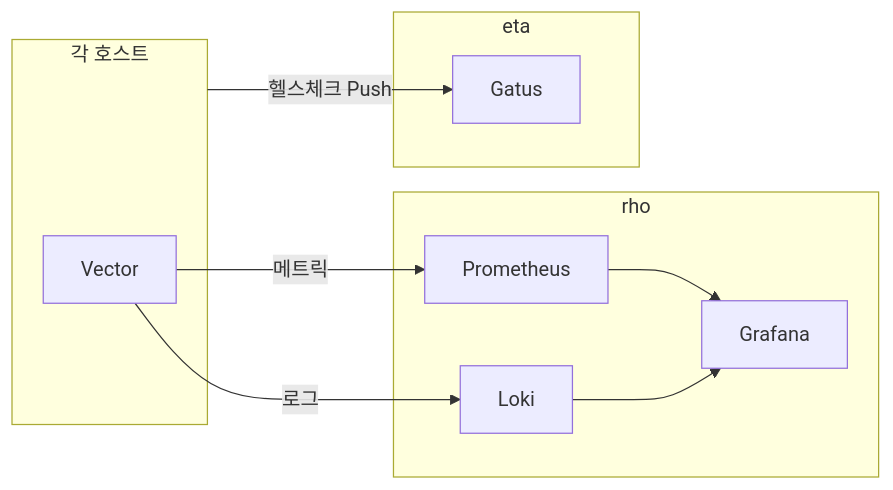
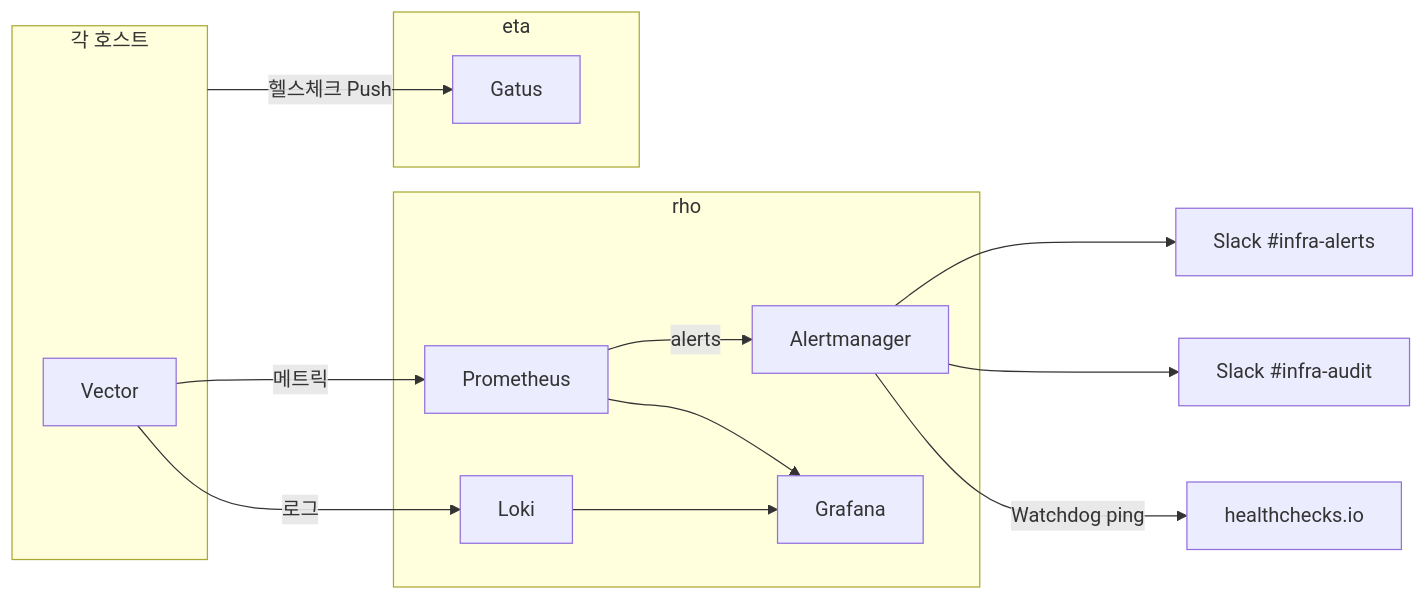
One commit to SBEE-Lab/infra changed the diagram in docs/admin/monitoring.md. Above: the diagram before and after it, drawn with Mermaid. The commit also changed other lines of this file and 2 other files, not shown here.

````diff
--- a/docs/admin/monitoring.md
+++ b/docs/admin/monitoring.md
@@ -16,22 +16,31 @@
 ```mermaid
 flowchart LR
   subgraph hosts["각 호스트"]
     vec["Vector"]
   end
 
   subgraph rho["rho"]
     prom["Prometheus"]
     loki["Loki"]
+    alertmanager["Alertmanager"]
     graf["Grafana"]
   end
 
   subgraph eta["eta"]
     gatus["Gatus"]
   end
 
+  slack_alerts["Slack #infra-alerts"]
+  slack_audit["Slack #infra-audit"]
+  healthchecks["healthchecks.io"]
+
   vec -- "메트릭" --> prom
   vec -- "로그" --> loki
   prom --> graf
   loki --> graf
+  prom -- "alerts" --> alertmanager
+  alertmanager --> slack_alerts
+  alertmanager --> slack_audit
+  alertmanager -- "Watchdog ping" --> healthchecks
   hosts -- "헬스체크 Push" --> gatus
 ```
````
